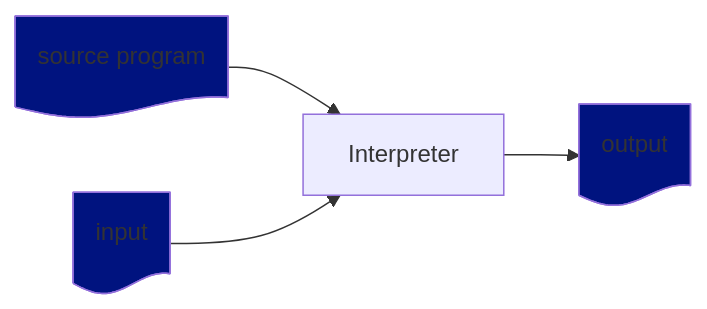
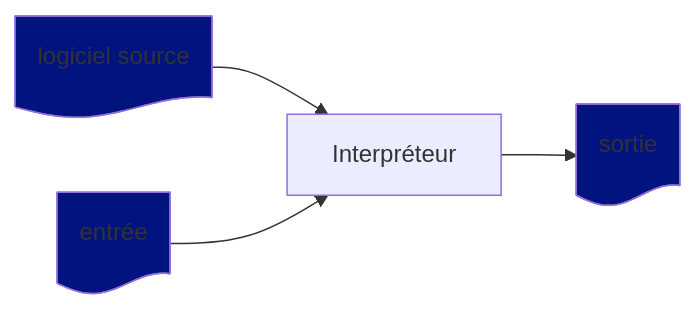
Before and after one commit to Pvlerick/DevDay2025: the eighth of 11 diagrams in slides.md, drawn with Mermaid. The commit also changed other lines of this file and 6 other files, not shown here.

````diff
--- a/slides.md
+++ b/slides.md
@@ -206,12 +219,12 @@
 ```mermaid
 flowchart LR
-    source@{ shape: doc, label: "source program"}
-    input@{ shape: doc, label: "input"}
-    interpreter["Interpreter"]
-    output@{ shape: doc, label: "output"}
+    source@{ shape: doc, label: "logiciel source"}
+    input@{ shape: doc, label: "entrée"}
+    interpreter["Interpréteur"]
+    output@{ shape: doc, label: "sortie"}
     source --> interpreter --> output
     input --> interpreter
     style source fill:#00137F
     style input fill:#00137F
     style output fill:#00137F
 ```
````
